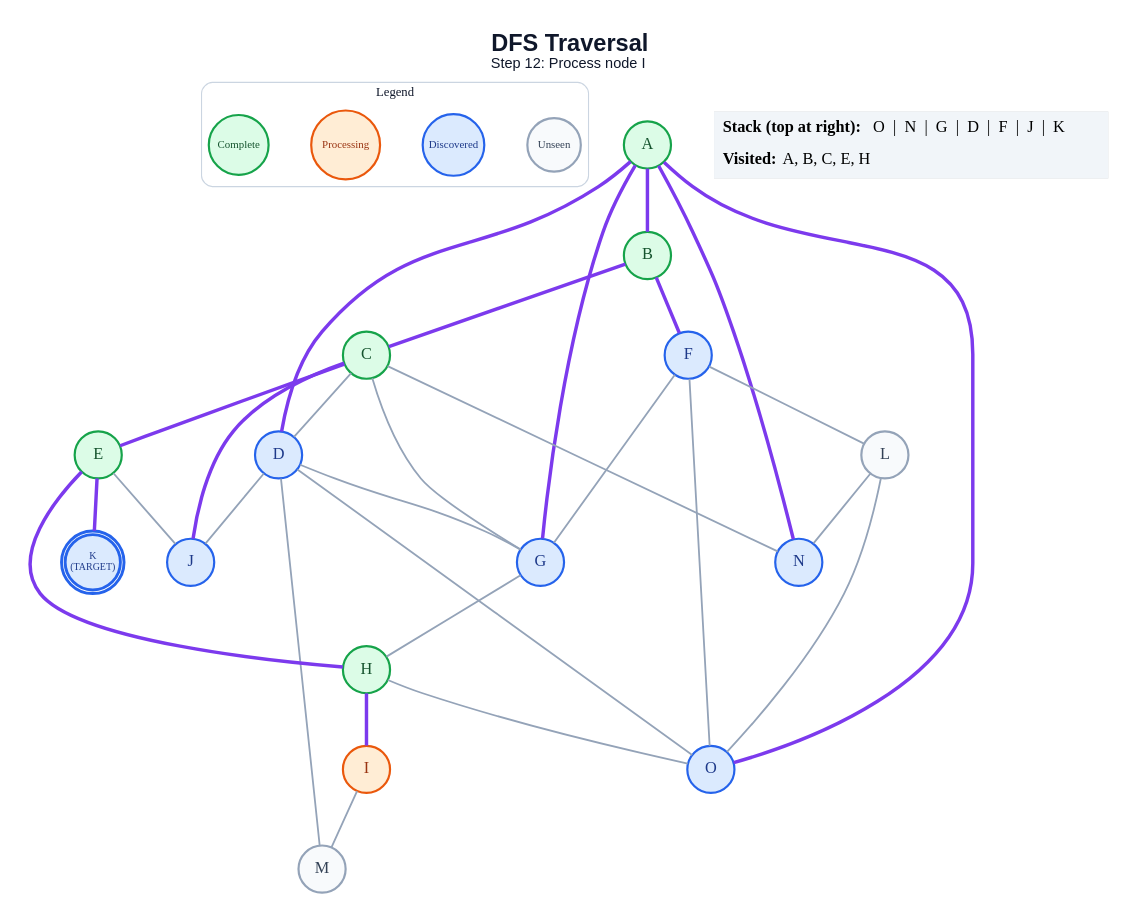
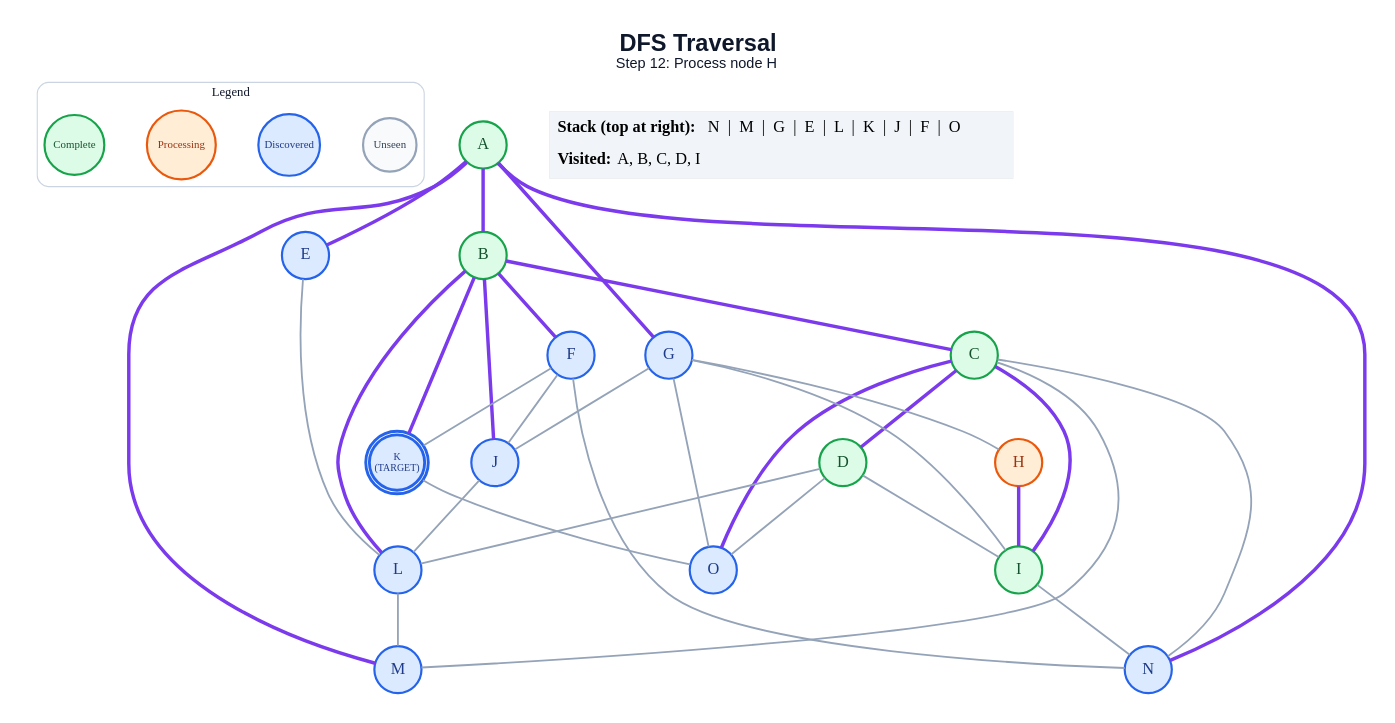
One commit to anon7238593-create/ai-slop changed the diagram in generated/dfs/step_12.dot. Above: the diagram before and after it, drawn with Graphviz. The commit also changed 309 other files, not shown here.

```diff
--- a/generated/dfs/step_12.dot
+++ b/generated/dfs/step_12.dot
@@ -1,62 +1,65 @@
 graph traversal {
   graph [layout=dot, rankdir=TB, bgcolor="#FFFFFF", pad="0.35", nodesep="0.65", ranksep="0.8", fontname="Arial"];
   node [shape=circle, style="filled", fontname="Arial Bold", fontsize=18, width=0.72, fixedsize=true, penwidth=2.4];
   edge [color="#94A3B8", penwidth=2.0];
-  label=<<B>DFS Traversal</B><BR/><FONT POINT-SIZE="16">Step 12: Process node I</FONT>>; labelloc="t"; fontsize=26; fontname="Arial"; fontcolor="#0F172A";
+  label=<<B>DFS Traversal</B><BR/><FONT POINT-SIZE="16">Step 12: Process node H</FONT>>; labelloc="t"; fontsize=26; fontname="Arial"; fontcolor="#0F172A";
   subgraph cluster_legend { label="Legend"; color="#CBD5E1"; penwidth=1.2; style="rounded"; fontsize=14; fontname="Arial Bold";
     key_unseen [label="Unseen", fillcolor="#F8FAFC", color="#94A3B8", fontcolor="#334155", fontsize=12, width=0.82];
     key_frontier [label="Discovered", fillcolor="#DBEAFE", color="#2563EB", fontcolor="#1E3A8A", fontsize=12, width=0.95];
     key_current [label="Processing", fillcolor="#FFEDD5", color="#EA580C", fontcolor="#9A3412", fontsize=12, width=1.05];
     key_done [label="Complete", fillcolor="#DCFCE7", color="#16A34A", fontcolor="#14532D", fontsize=12, width=0.92];
     { rank=same; key_unseen; key_frontier; key_current; key_done; }
   }
   A [label="A", fillcolor="#DCFCE7", color="#16A34A", fontcolor="#14532D", peripheries=1, penwidth=2.4];
   B [label="B", fillcolor="#DCFCE7", color="#16A34A", fontcolor="#14532D", peripheries=1, penwidth=2.4];
   C [label="C", fillcolor="#DCFCE7", color="#16A34A", fontcolor="#14532D", peripheries=1, penwidth=2.4];
-  D [label="D", fillcolor="#DBEAFE", color="#2563EB", fontcolor="#1E3A8A", peripheries=1, penwidth=2.4];
-  E [label="E", fillcolor="#DCFCE7", color="#16A34A", fontcolor="#14532D", peripheries=1, penwidth=2.4];
+  D [label="D", fillcolor="#DCFCE7", color="#16A34A", fontcolor="#14532D", peripheries=1, penwidth=2.4];
+  E [label="E", fillcolor="#DBEAFE", color="#2563EB", fontcolor="#1E3A8A", peripheries=1, penwidth=2.4];
   F [label="F", fillcolor="#DBEAFE", color="#2563EB", fontcolor="#1E3A8A", peripheries=1, penwidth=2.4];
   G [label="G", fillcolor="#DBEAFE", color="#2563EB", fontcolor="#1E3A8A", peripheries=1, penwidth=2.4];
-  H [label="H", fillcolor="#DCFCE7", color="#16A34A", fontcolor="#14532D", peripheries=1, penwidth=2.4];
-  I [label="I", fillcolor="#FFEDD5", color="#EA580C", fontcolor="#9A3412", peripheries=1, penwidth=2.4];
+  H [label="H", fillcolor="#FFEDD5", color="#EA580C", fontcolor="#9A3412", peripheries=1, penwidth=2.4];
+  I [label="I", fillcolor="#DCFCE7", color="#16A34A", fontcolor="#14532D", peripheries=1, penwidth=2.4];
   J [label="J", fillcolor="#DBEAFE", color="#2563EB", fontcolor="#1E3A8A", peripheries=1, penwidth=2.4];
   K [label="K\n(TARGET)", fillcolor="#DBEAFE", color="#2563EB", fontcolor="#1E3A8A", peripheries=2, penwidth=3.2, fontsize=11, width=0.85, height=0.85];
-  L [label="L", fillcolor="#F8FAFC", color="#94A3B8", fontcolor="#334155", peripheries=1, penwidth=2.4];
-  M [label="M", fillcolor="#F8FAFC", color="#94A3B8", fontcolor="#334155", peripheries=1, penwidth=2.4];
+  L [label="L", fillcolor="#DBEAFE", color="#2563EB", fontcolor="#1E3A8A", peripheries=1, penwidth=2.4];
+  M [label="M", fillcolor="#DBEAFE", color="#2563EB", fontcolor="#1E3A8A", peripheries=1, penwidth=2.4];
   N [label="N", fillcolor="#DBEAFE", color="#2563EB", fontcolor="#1E3A8A", peripheries=1, penwidth=2.4];
   O [label="O", fillcolor="#DBEAFE", color="#2563EB", fontcolor="#1E3A8A", peripheries=1, penwidth=2.4];
   A -- B [color="#7C3AED", penwidth=3.8];
-  A -- D [color="#7C3AED", penwidth=3.8];
+  A -- E [color="#7C3AED", penwidth=3.8];
   A -- G [color="#7C3AED", penwidth=3.8];
+  A -- M [color="#7C3AED", penwidth=3.8];
   A -- N [color="#7C3AED", penwidth=3.8];
-  A -- O [color="#7C3AED", penwidth=3.8];
   B -- C [color="#7C3AED", penwidth=3.8];
   B -- F [color="#7C3AED", penwidth=3.8];
-  C -- D;
-  C -- E [color="#7C3AED", penwidth=3.8];
-  C -- G;
-  C -- J [color="#7C3AED", penwidth=3.8];
+  B -- J [color="#7C3AED", penwidth=3.8];
+  B -- K [color="#7C3AED", penwidth=3.8];
+  B -- L [color="#7C3AED", penwidth=3.8];
+  C -- D [color="#7C3AED", penwidth=3.8];
+  C -- I [color="#7C3AED", penwidth=3.8];
+  C -- M;
   C -- N;
-  D -- G;
-  D -- J;
-  D -- M;
+  C -- O [color="#7C3AED", penwidth=3.8];
+  D -- I;
+  D -- L;
   D -- O;
-  E -- H [color="#7C3AED", penwidth=3.8];
-  E -- J;
-  E -- K [color="#7C3AED", penwidth=3.8];
-  F -- G;
-  F -- L;
-  F -- O;
+  E -- L;
+  F -- J;
+  F -- K;
+  F -- N;
   G -- H;
+  G -- I;
+  G -- J;
+  G -- O;
   H -- I [color="#7C3AED", penwidth=3.8];
-  H -- O;
-  I -- M;
-  L -- N;
-  L -- O;
+  I -- N;
+  J -- L;
+  K -- O;
+  L -- M;
   status [shape=plain, fixedsize=false, width=0, height=0, margin=0, label=<
     <TABLE BORDER="0" CELLBORDER="0" CELLPADDING="7" BGCOLOR="#F1F5F9">
-      <TR><TD ALIGN="LEFT"><B>Stack (top at right):</B> O  |  N  |  G  |  D  |  F  |  J  |  K</TD></TR>
-      <TR><TD ALIGN="LEFT"><B>Visited:</B> A, B, C, E, H</TD></TR>
+      <TR><TD ALIGN="LEFT"><B>Stack (top at right):</B> N  |  M  |  G  |  E  |  L  |  K  |  J  |  F  |  O</TD></TR>
+      <TR><TD ALIGN="LEFT"><B>Visited:</B> A, B, C, D, I</TD></TR>
     </TABLE>
   >];
 }
```
